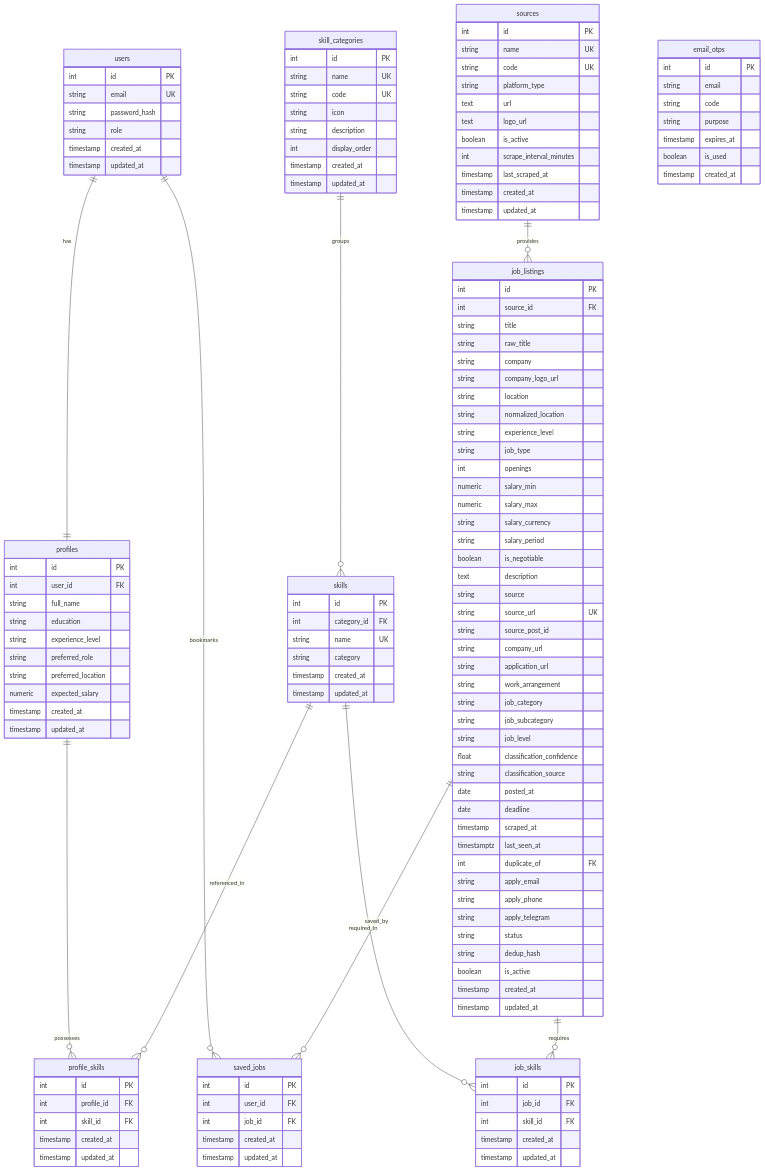
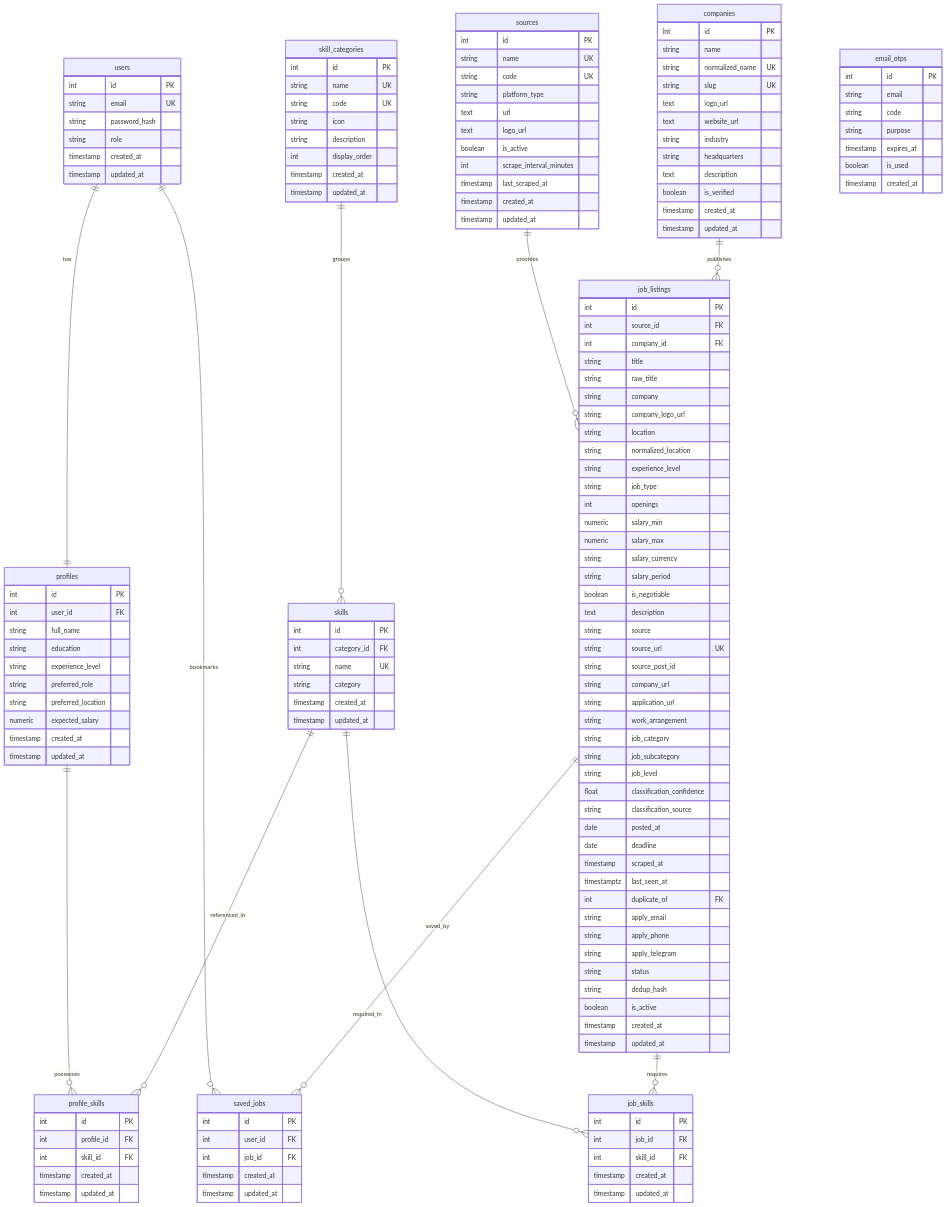
The diagram in context/phase-03/03_database_erd.md (RETH-CHANRITH/project-practicum-blueprint), drawn with Mermaid before and after one commit. The commit also changed other lines of this file and 13 other files, not shown here.

Commit message:
feat(company): implement 3NF entity resolution, API endpoints, and clean high-res architecture diagrams

```diff
--- a/context/phase-03/03_database_erd.md
+++ b/context/phase-03/03_database_erd.md
@@ -30,6 +30,7 @@
     skills ||--o{ profile_skills : referenced_in
     skills ||--o{ job_skills : required_in
     sources ||--o{ job_listings : provides
+    companies ||--o{ job_listings : publishes
     job_listings ||--o{ job_skills : requires
     job_listings ||--o{ saved_jobs : saved_by
 
@@ -54,6 +55,21 @@
         boolean is_active
         int scrape_interval_minutes
         timestamp last_scraped_at
+        timestamp created_at
+        timestamp updated_at
+    }
+
+    companies {
+        int id PK
+        string name
+        string normalized_name UK
+        string slug UK
+        text logo_url
+        text website_url
+        string industry
+        string headquarters
+        text description
+        boolean is_verified
         timestamp created_at
         timestamp updated_at
     }
@@ -100,6 +116,7 @@
     job_listings {
         int id PK
         int source_id FK
+        int company_id FK
         string title
         string raw_title
         string company
```
